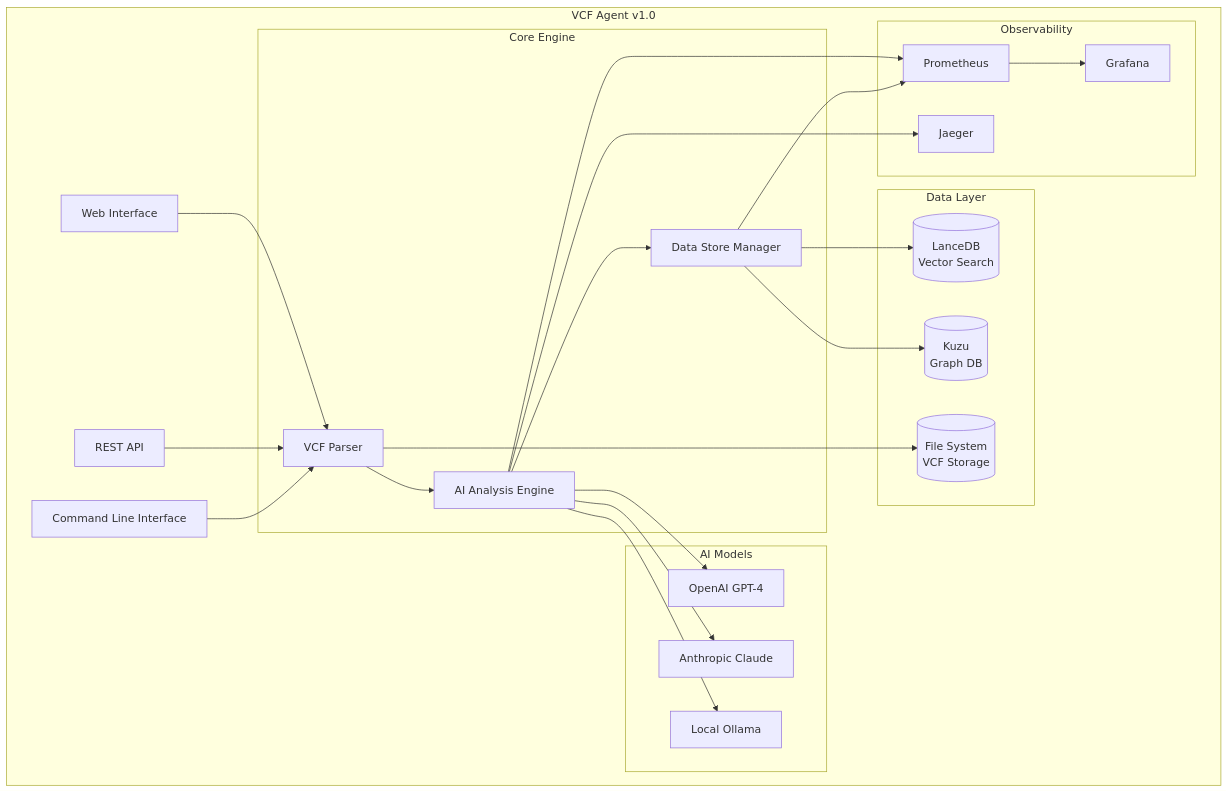
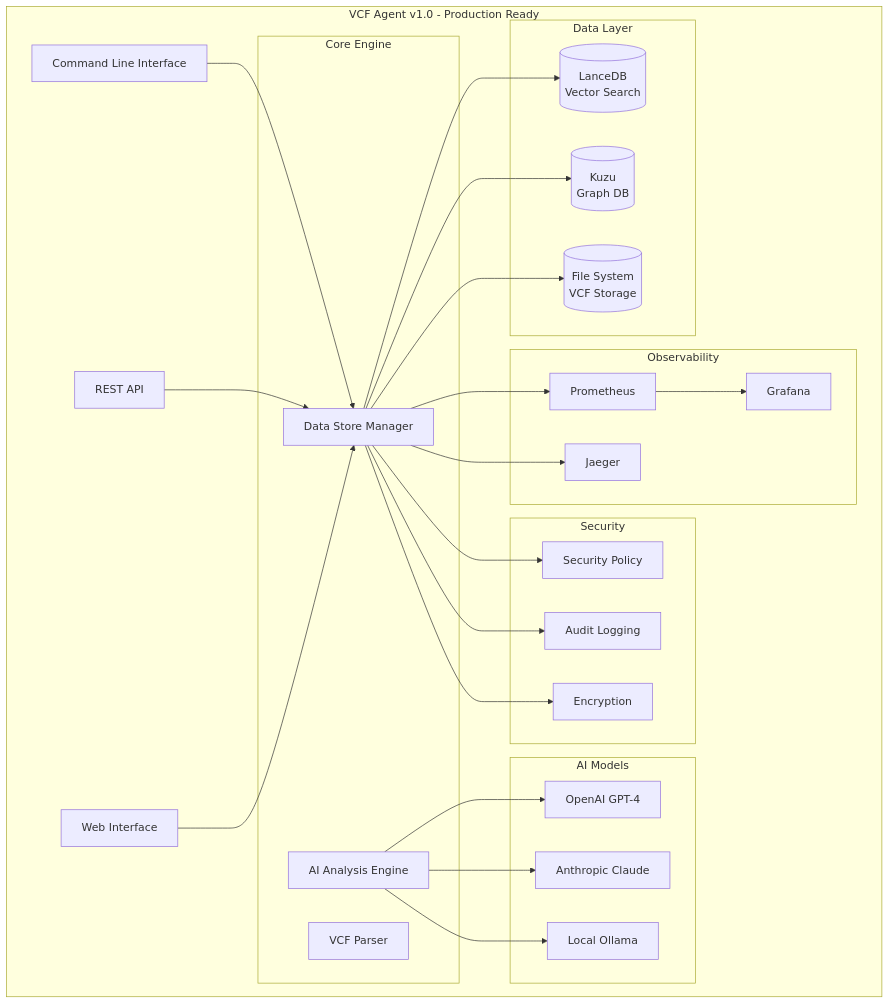
Before and after one commit to elementalcollision/vcf_analysis: the diagram in PROJECT_STATUS.md, drawn with Mermaid. The commit also changed other lines of this file and 6 other files, not shown here.

````diff
--- a/PROJECT_STATUS.md
+++ b/PROJECT_STATUS.md
@@ -172,51 +200,58 @@
 ```mermaid
 graph TB
-    subgraph "VCF Agent v1.0"
+    subgraph "VCF Agent v1.0 - Production Ready"
         CLI[Command Line Interface]
         API[REST API]
         WEB[Web Interface]
         
         subgraph "Core Engine"
             VCF[VCF Parser]
             AI[AI Analysis Engine]
             DSM[Data Store Manager]
         end
         
         subgraph "Data Layer"
             LDB[(LanceDB<br/>Vector Search)]
             KDB[(Kuzu<br/>Graph DB)]
             FS[(File System<br/>VCF Storage)]
         end
         
         subgraph "AI Models"
             GPT[OpenAI GPT-4]
             CLAUDE[Anthropic Claude]
             OLLAMA[Local Ollama]
         end
         
         subgraph "Observability"
             PROM[Prometheus]
             GRAF[Grafana]
             JAEG[Jaeger]
         end
+        
+        subgraph "Security"
+            SEC[Security Policy]
+            AUDIT[Audit Logging]
+            ENCRYPT[Encryption]
+        end
     end
     
-    CLI --> VCF
-    API --> VCF
-    WEB --> VCF
+    CLI --> DSM
+    API --> DSM
+    WEB --> DSM
     
-    VCF --> AI
-    AI --> DSM
     DSM --> LDB
     DSM --> KDB
-    VCF --> FS
+    DSM --> FS
     
     AI --> GPT
     AI --> CLAUDE
     AI --> OLLAMA
     
     DSM --> PROM
-    AI --> PROM
+    DSM --> JAEG
     PROM --> GRAF
-    AI --> JAEG
+    
+    DSM --> SEC
+    DSM --> AUDIT
+    DSM --> ENCRYPT
 ```
````
